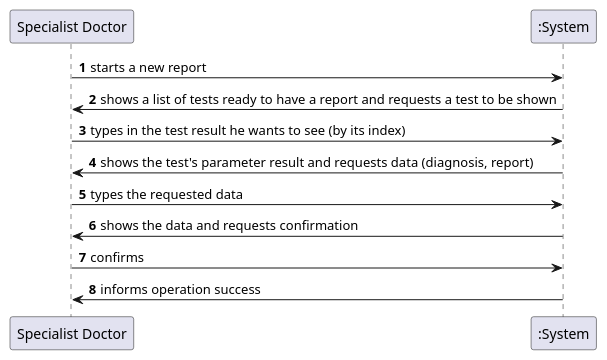
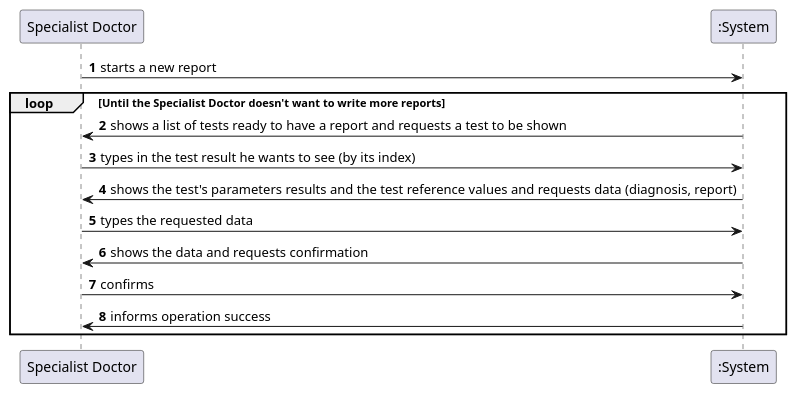
The diagram in docs/SprintC/US14/US14_SSD.puml (MadDinosaur/ISEP-LAPR2), drawn with PlantUML before and after one commit. The commit also changed 12 other files, not shown here.

```diff
--- a/docs/SprintC/US14/US14_SSD.puml
+++ b/docs/SprintC/US14/US14_SSD.puml
@@ -1,13 +1,15 @@
 @startuml
 
 autonumber
 
 "Specialist Doctor" -> ":System": starts a new report
+loop Until the Specialist Doctor doesn't want to write more reports
 ":System" -> "Specialist Doctor": shows a list of tests ready to have a report and requests a test to be shown
 "Specialist Doctor" -> ":System": types in the test result he wants to see (by its index)
-":System" -> "Specialist Doctor": shows the test's parameter result and requests data (diagnosis, report)
+":System" -> "Specialist Doctor": shows the test's parameters results and the test reference values and requests data (diagnosis, report)
 "Specialist Doctor" -> ":System": types the requested data
 ":System" -> "Specialist Doctor": shows the data and requests confirmation
 "Specialist Doctor" -> ":System": confirms
 ":System" -> "Specialist Doctor": informs operation success
+end loop
 @enduml
```
